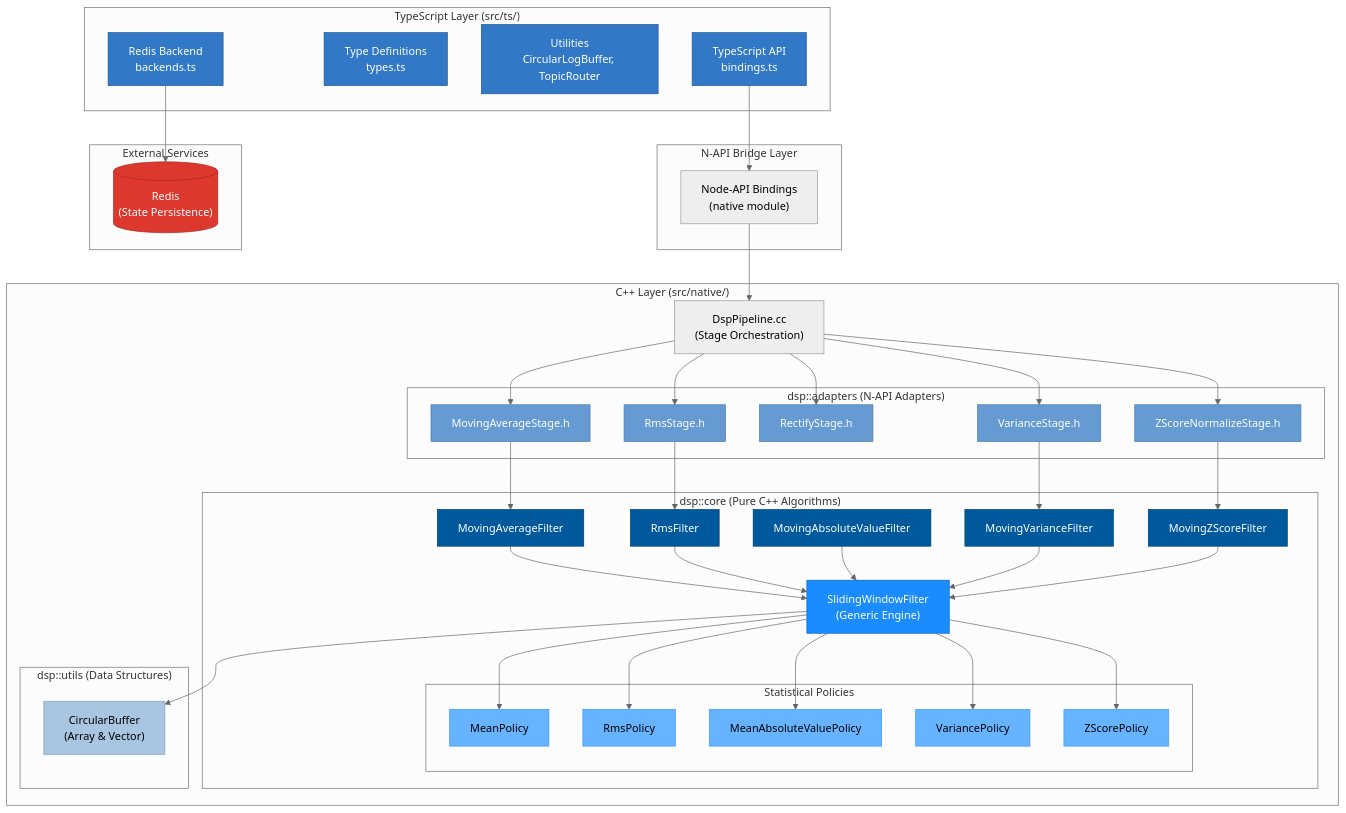
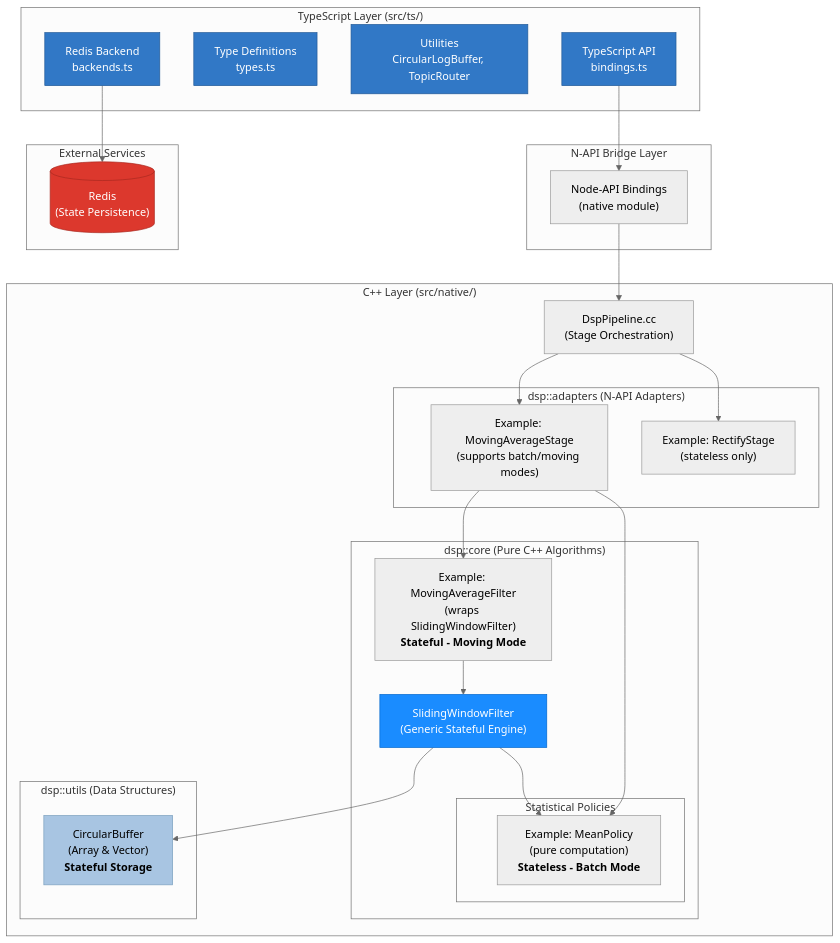
Before and after one commit to A-KGeorge/dsp_ts_redis: the diagram in README.md, drawn with Mermaid (neutral theme).

Commit message:
refactor: Update README.md to reflect changes in C++ layer architecture and examples

```diff
--- a/README.md
+++ b/README.md
@@ -44,34 +44,23 @@
 
     subgraph "C++ Layer (src/native/)"
         subgraph "dsp::adapters (N-API Adapters)"
-            ADAPTER_MA["MovingAverageStage.h"]
-            ADAPTER_RMS["RmsStage.h"]
-            ADAPTER_RECT["RectifyStage.h"]
-            ADAPTER_VAR["VarianceStage.h"]
-            ADAPTER_ZSCORE["ZScoreNormalizeStage.h"]
+            ADAPTER_EXAMPLE["Example: MovingAverageStage<br/>(supports batch/moving modes)"]
+            ADAPTER_STATELESS["Example: RectifyStage<br/>(stateless only)"]
         end
 
         PIPELINE["DspPipeline.cc<br/>(Stage Orchestration)"]
 
         subgraph "dsp::core (Pure C++ Algorithms)"
-            CORE_ENGINE["SlidingWindowFilter<br/>(Generic Engine)"]
-            CORE_MA["MovingAverageFilter"]
-            CORE_RMS["RmsFilter"]
-            CORE_MAV["MovingAbsoluteValueFilter"]
-            CORE_VAR["MovingVarianceFilter"]
-            CORE_ZSCORE["MovingZScoreFilter"]
+            CORE_ENGINE["SlidingWindowFilter<br/>(Generic Stateful Engine)"]
+            CORE_FILTER["Example: MovingAverageFilter<br/>(wraps SlidingWindowFilter)<br/><b>Stateful - Moving Mode</b>"]
 
             subgraph "Statistical Policies"
-                POLICY_MEAN["MeanPolicy"]
-                POLICY_RMS["RmsPolicy"]
-                POLICY_MAV["MeanAbsoluteValuePolicy"]
-                POLICY_VAR["VariancePolicy"]
-                POLICY_ZSCORE["ZScorePolicy"]
+                POLICY_EXAMPLE["Example: MeanPolicy<br/>(pure computation)<br/><b>Stateless - Batch Mode</b>"]
             end
         end
 
         subgraph "dsp::utils (Data Structures)"
-            CIRCULAR["CircularBuffer<br/>(Array & Vector)"]
+            CIRCULAR["CircularBuffer<br/>(Array & Vector)<br/><b>Stateful Storage</b>"]
         end
     end
 
@@ -83,28 +72,15 @@
     TS_API --> NAPI
     TS_REDIS --> REDIS_DB
     NAPI --> PIPELINE
-    PIPELINE --> ADAPTER_MA
-    PIPELINE --> ADAPTER_RMS
-    PIPELINE --> ADAPTER_RECT
-    PIPELINE --> ADAPTER_VAR
-    PIPELINE --> ADAPTER_ZSCORE
+    PIPELINE --> ADAPTER_EXAMPLE
+    PIPELINE --> ADAPTER_STATELESS
 
-    ADAPTER_MA --> CORE_MA
-    ADAPTER_RMS --> CORE_RMS
-    ADAPTER_VAR --> CORE_VAR
-    ADAPTER_ZSCORE --> CORE_ZSCORE
+    ADAPTER_EXAMPLE --> CORE_FILTER
+    ADAPTER_EXAMPLE --> POLICY_EXAMPLE
 
-    CORE_MA --> CORE_ENGINE
-    CORE_RMS --> CORE_ENGINE
-    CORE_MAV --> CORE_ENGINE
-    CORE_VAR --> CORE_ENGINE
-    CORE_ZSCORE --> CORE_ENGINE
+    CORE_FILTER --> CORE_ENGINE
 
-    CORE_ENGINE --> POLICY_MEAN
-    CORE_ENGINE --> POLICY_RMS
-    CORE_ENGINE --> POLICY_MAV
-    CORE_ENGINE --> POLICY_VAR
-    CORE_ENGINE --> POLICY_ZSCORE
+    CORE_ENGINE --> POLICY_EXAMPLE
 
     CORE_ENGINE --> CIRCULAR
 
```
